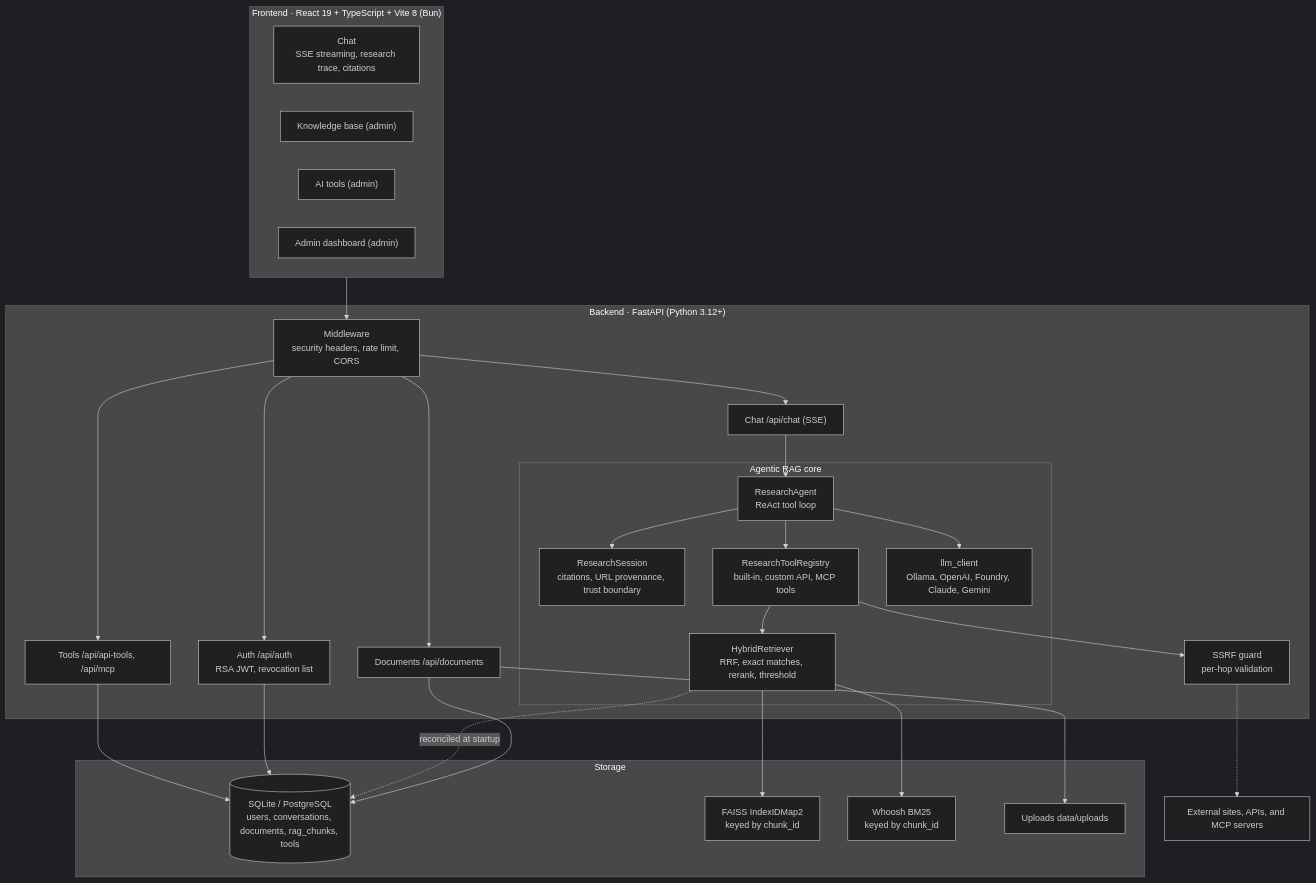
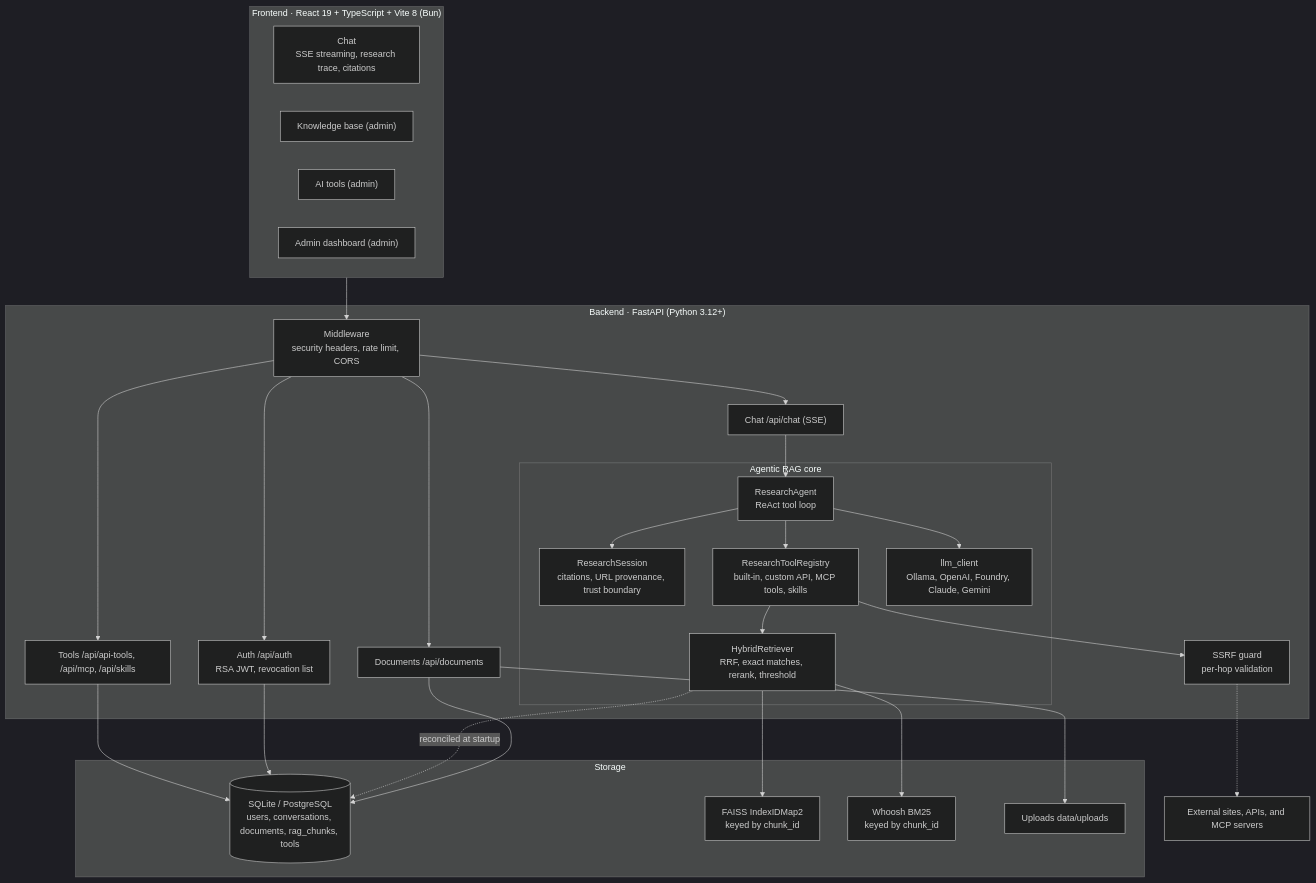
Before and after one commit to Scorpio-meow/AskMiao: the second of 3 diagrams in README_en.md, drawn with Mermaid (dark theme). The commit also changed other lines of this file and 336 other files, not shown here.

````diff
--- a/README_en.md
+++ b/README_en.md
@@ -280,50 +256,50 @@
 ```mermaid
 flowchart TB
     subgraph Client ["Frontend · React 19 + TypeScript + Vite 8 (Bun)"]
         ChatUI["Chat<br/>SSE streaming, research trace, citations"]
         DocsUI["Knowledge base (admin)"]
         ToolsUI["AI tools (admin)"]
         AdminUI["Admin dashboard (admin)"]
     end
 
     subgraph Backend ["Backend · FastAPI (Python 3.12+)"]
         MW["Middleware<br/>security headers, rate limit, CORS"]
         Auth["Auth /api/auth<br/>RSA JWT, revocation list"]
         ChatAPI["Chat /api/chat (SSE)"]
         DocAPI["Documents /api/documents"]
-        ToolAPI["Tools /api/api-tools, /api/mcp"]
+        ToolAPI["Tools /api/api-tools, /api/mcp, /api/skills"]
 
         subgraph Core ["Agentic RAG core"]
             Agent["ResearchAgent<br/>ReAct tool loop"]
             Session["ResearchSession<br/>citations, URL provenance, trust boundary"]
-            Registry["ResearchToolRegistry<br/>built-in, custom API, MCP tools"]
+            Registry["ResearchToolRegistry<br/>built-in, custom API, MCP tools, skills"]
             Retriever["HybridRetriever<br/>RRF, exact matches, rerank, threshold"]
             LLM["llm_client<br/>Ollama, OpenAI, Foundry, Claude, Gemini"]
         end
 
         SSRF["SSRF guard<br/>per-hop validation"]
     end
 
     subgraph Storage ["Storage"]
         DB[("SQLite / PostgreSQL<br/>users, conversations, documents, rag_chunks, tools")]
         FAISS["FAISS IndexIDMap2<br/>keyed by chunk_id"]
         BM25["Whoosh BM25<br/>keyed by chunk_id"]
         Files["Uploads data/uploads"]
     end
 
     Client --> MW
     MW --> Auth & ChatAPI & DocAPI & ToolAPI
     ChatAPI --> Agent
     Agent --> Session
     Agent --> Registry
     Agent --> LLM
     Registry --> Retriever
     Registry --> SSRF
     SSRF -.-> Ext["External sites, APIs, and MCP servers"]
     Retriever --> FAISS & BM25
     DocAPI --> Files
     DocAPI --> DB
     Retriever -.->|reconciled at startup| DB
     Auth --> DB
     ToolAPI --> DB
 ```
````
